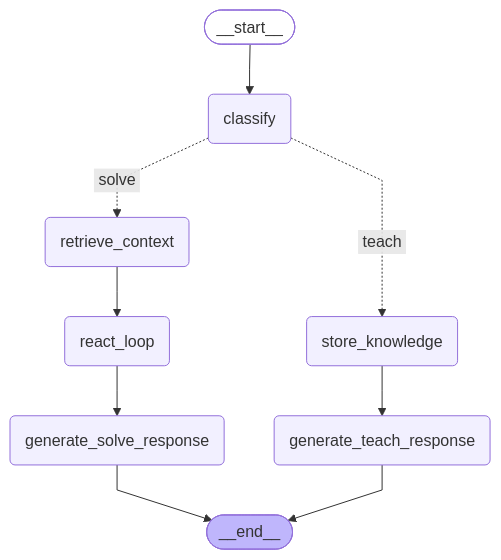
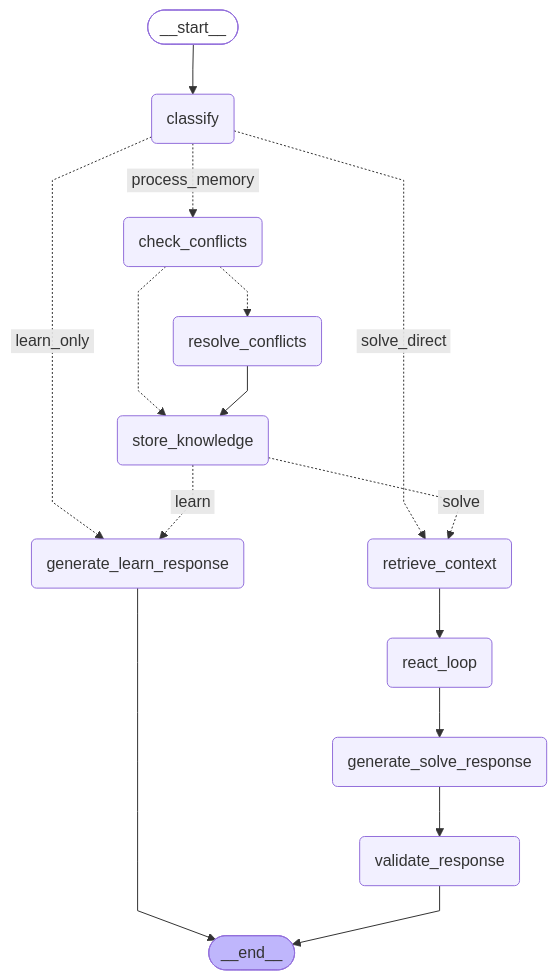
One commit to isamarcev/AI-graphiti-lapallm changed the diagram in scripts/graph.mmd. Above: the diagram before and after it, drawn with Mermaid. The commit also changed 13 other files, not shown here.

```diff
--- a/scripts/graph.mmd
+++ b/scripts/graph.mmd
@@ -1,25 +1,34 @@
 ---
 config:
   flowchart:
     curve: linear
 ---
 graph TD;
 	__start__([<p>__start__</p>]):::first
 	classify(classify)
+	check_conflicts(check_conflicts)
+	resolve_conflicts(resolve_conflicts)
 	store_knowledge(store_knowledge)
-	generate_teach_response(generate_teach_response)
 	retrieve_context(retrieve_context)
 	react_loop(react_loop)
 	generate_solve_response(generate_solve_response)
+	validate_response(validate_response)
+	generate_learn_response(generate_learn_response)
 	__end__([<p>__end__</p>]):::last
 	__start__ --> classify;
-	classify -. &nbsp;solve&nbsp; .-> retrieve_context;
-	classify -. &nbsp;teach&nbsp; .-> store_knowledge;
+	check_conflicts -.-> resolve_conflicts;
+	check_conflicts -.-> store_knowledge;
+	classify -. &nbsp;process_memory&nbsp; .-> check_conflicts;
+	classify -. &nbsp;learn_only&nbsp; .-> generate_learn_response;
+	classify -. &nbsp;solve_direct&nbsp; .-> retrieve_context;
+	generate_solve_response --> validate_response;
 	react_loop --> generate_solve_response;
+	resolve_conflicts --> store_knowledge;
 	retrieve_context --> react_loop;
-	store_knowledge --> generate_teach_response;
-	generate_solve_response --> __end__;
-	generate_teach_response --> __end__;
+	store_knowledge -. &nbsp;learn&nbsp; .-> generate_learn_response;
+	store_knowledge -. &nbsp;solve&nbsp; .-> retrieve_context;
+	generate_learn_response --> __end__;
+	validate_response --> __end__;
 	classDef default fill:#f2f0ff,line-height:1.2
 	classDef first fill-opacity:0
 	classDef last fill:#bfb6fc
```
